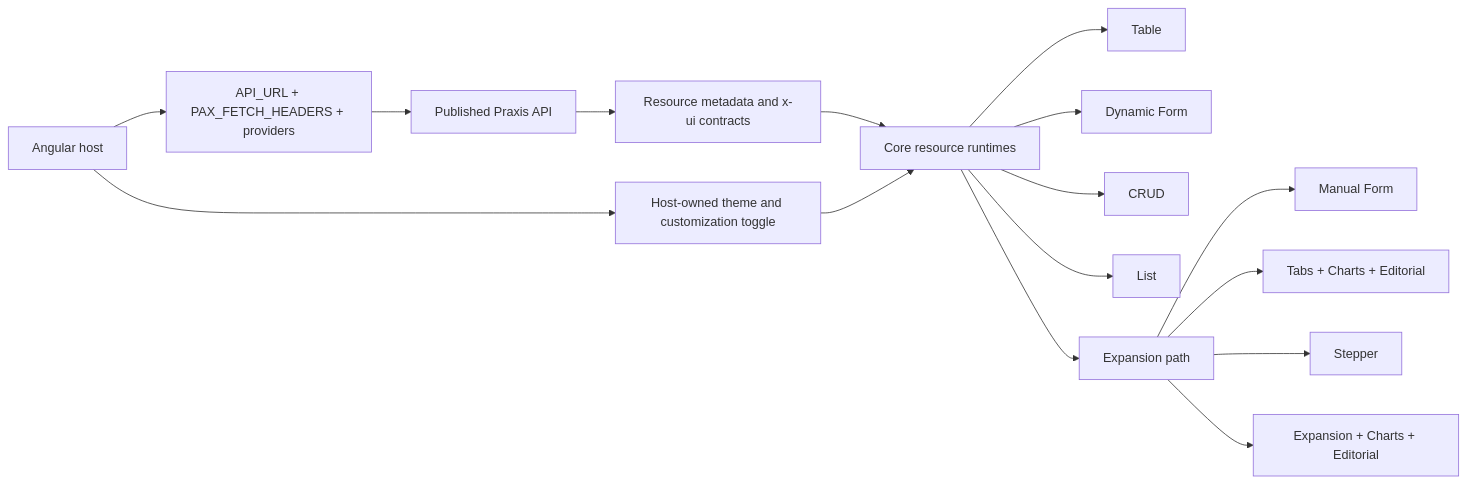
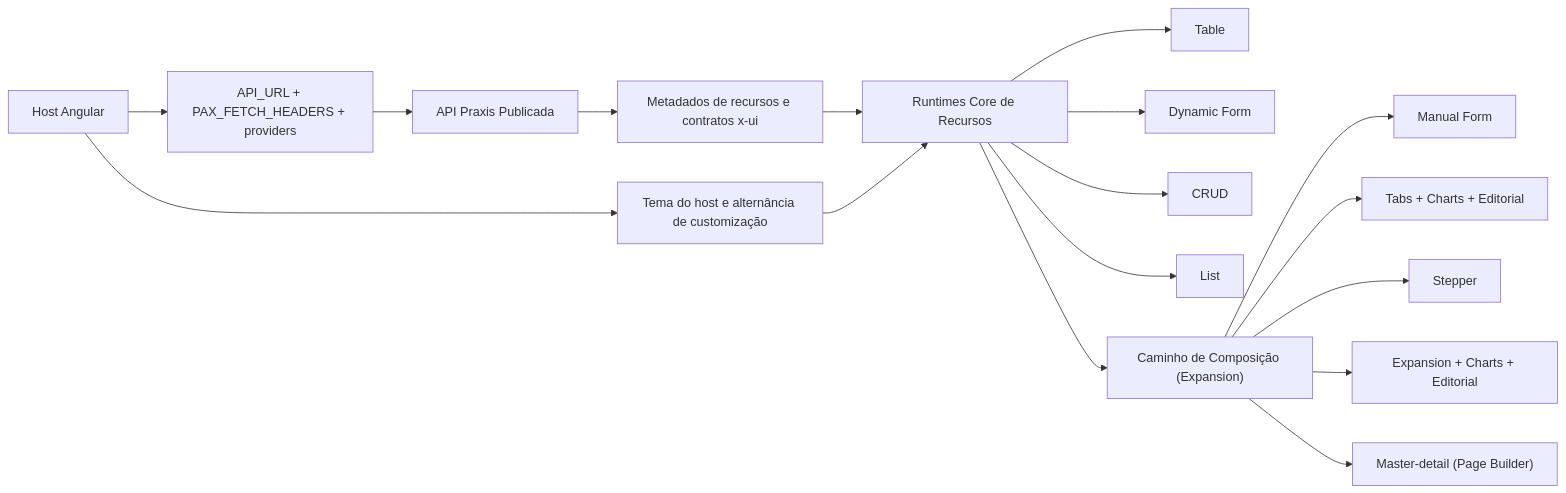
One commit to codexrodrigues/praxis-ui-quickstart changed the second of 2 diagrams in README.md. Above: the diagram before and after it, drawn with Mermaid. The commit also changed other lines of this file and 1 other file, not shown here.

Commit message:
docs: standardize README in PT-BR and sanitize master-detail homologation note

````diff
--- a/README.md
+++ b/README.md
@@ -214,18 +183,19 @@
 ```mermaid
 flowchart LR
-  host["Angular host"] --> bootstrap["API_URL + PAX_FETCH_HEADERS + providers"]
-  bootstrap --> api["Published Praxis API"]
-  api --> metadata["Resource metadata and x-ui contracts"]
-  metadata --> core["Core resource runtimes"]
+  host["Host Angular"] --> bootstrap["API_URL + PAX_FETCH_HEADERS + providers"]
+  bootstrap --> api["API Praxis Publicada"]
+  api --> metadata["Metadados de recursos e contratos x-ui"]
+  metadata --> core["Runtimes Core de Recursos"]
   core --> table["Table"]
   core --> form["Dynamic Form"]
   core --> crud["CRUD"]
   core --> list["List"]
-  host --> theme["Host-owned theme and customization toggle"]
+  host --> theme["Tema do host e alternância de customização"]
   theme --> core
-  core --> expansion["Expansion path"]
+  core --> expansion["Caminho de Composição (Expansion)"]
   expansion --> manual["Manual Form"]
   expansion --> tabs["Tabs + Charts + Editorial"]
   expansion --> stepper["Stepper"]
   expansion --> panels["Expansion + Charts + Editorial"]
+  expansion --> md["Master-detail (Page Builder)"]
 ```
````
